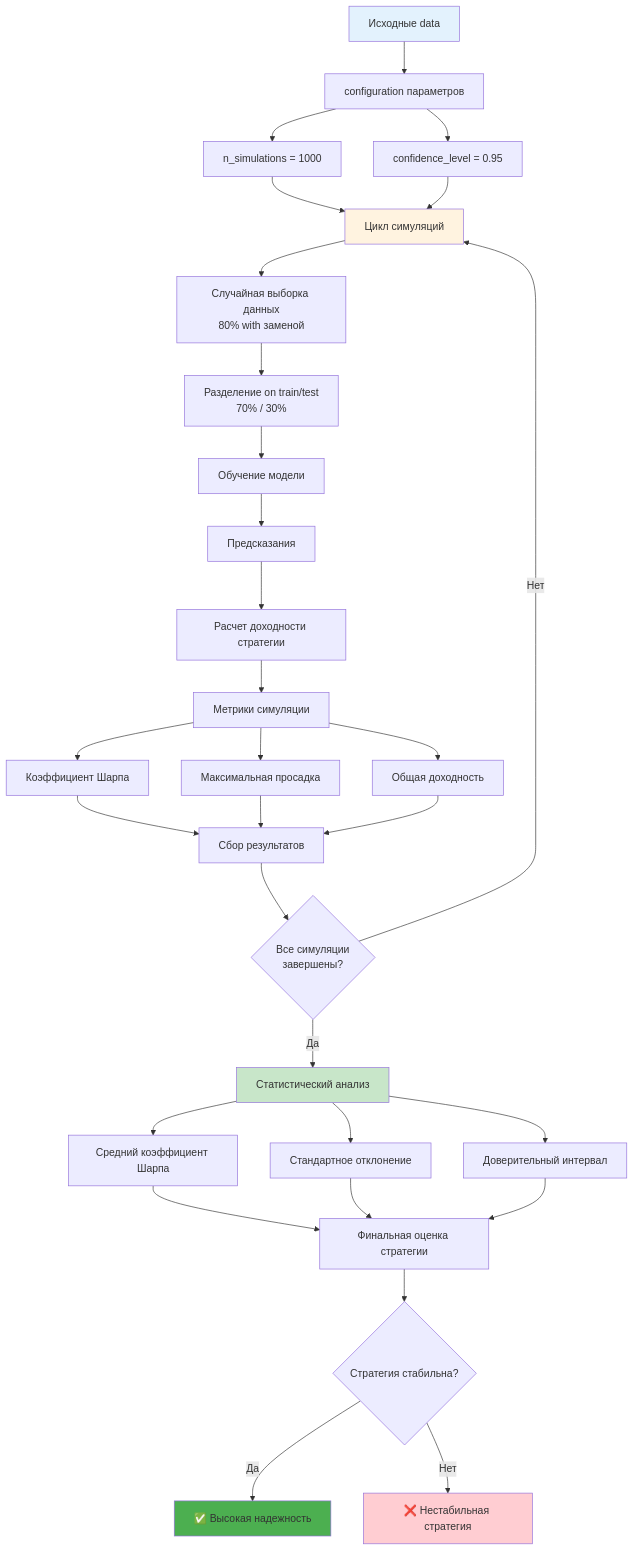
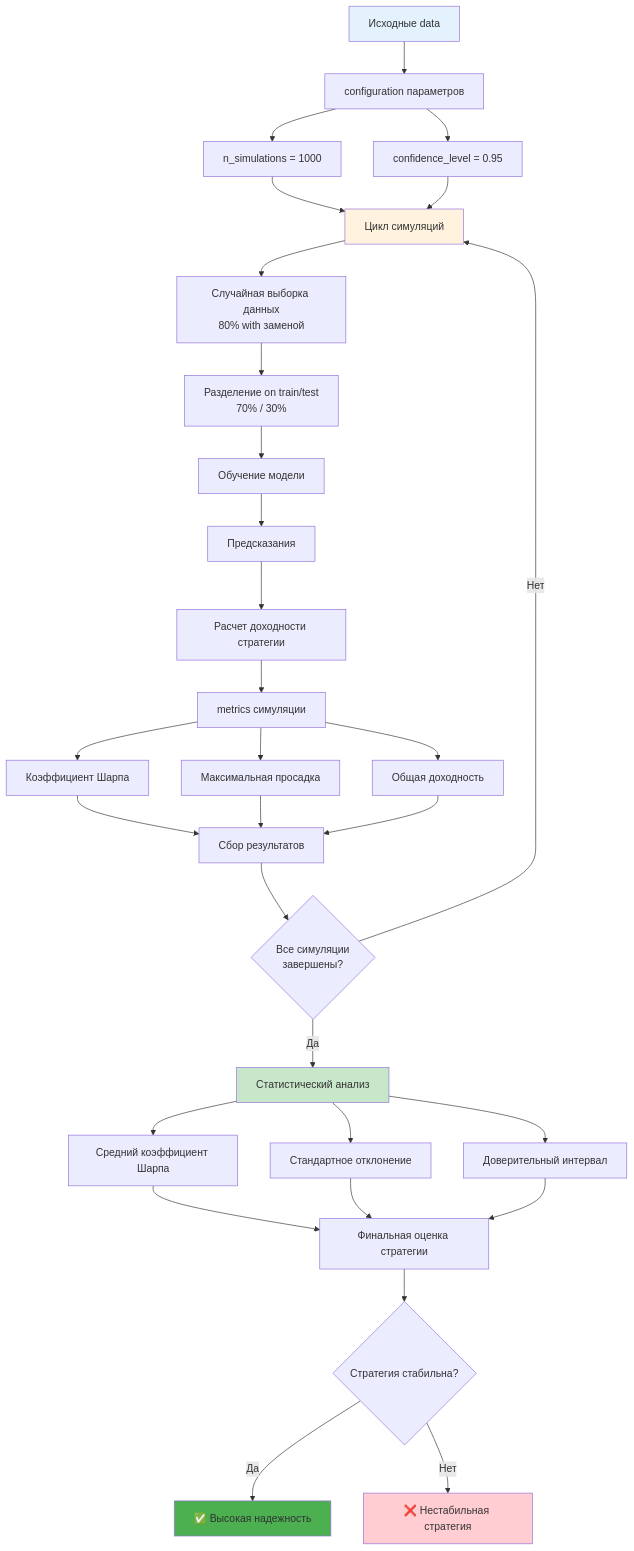
Before and after one commit to NeoZorK/neozork-hld-prediction: the fourth of 9 diagrams in docs/automl/gluon/29_backtesting_methods.md, drawn with Mermaid. The commit also changed other lines of this file and 88 other files, not shown here.

````diff
--- a/docs/automl/gluon/29_backtesting_methods.md
+++ b/docs/automl/gluon/29_backtesting_methods.md
@@ -590,47 +590,47 @@
 ```mermaid
 graph TD
 A[Исходные data] --> B[configuration параметров]
  B --> C[n_simulations = 1000]
  B --> D[confidence_level = 0.95]
 
 C --> E[Цикл симуляций]
  D --> E
 
 E --> F[Случайная выборка данных<br/>80% with заменой]
 F --> G[Разделение on train/test<br/>70% / 30%]
 
 G --> H[Обучение модели]
 H --> I[Предсказания]
 I --> J[Расчет доходности стратегии]
 
-J --> K[Метрики симуляции]
+J --> K[metrics симуляции]
 K --> L[Коэффициент Шарпа]
 K --> M[Максимальная просадка]
 K --> N[Общая доходность]
 
 L --> O[Сбор результатов]
  M --> O
  N --> O
 
 O --> P{Все симуляции<br/>завершены?}
 P -->|Нет| E
 P -->|Да| Q[Статистический анализ]
 
 Q --> R[Средний коэффициент Шарпа]
 Q --> S[Стандартное отклонение]
 Q --> T[Доверительный интервал]
 
 R --> U[Финальная оценка стратегии]
  S --> U
  T --> U
 
 U --> V{Стратегия стабильна?}
 V -->|Да| W[✅ Высокая надежность]
 V -->|Нет| X[❌ Нестабильная стратегия]
 
  style A fill:#e3f2fd
  style E fill:#fff3e0
  style Q fill:#c8e6c9
  style W fill:#4caf50
  style X fill:#ffcdd2
 ```
````
